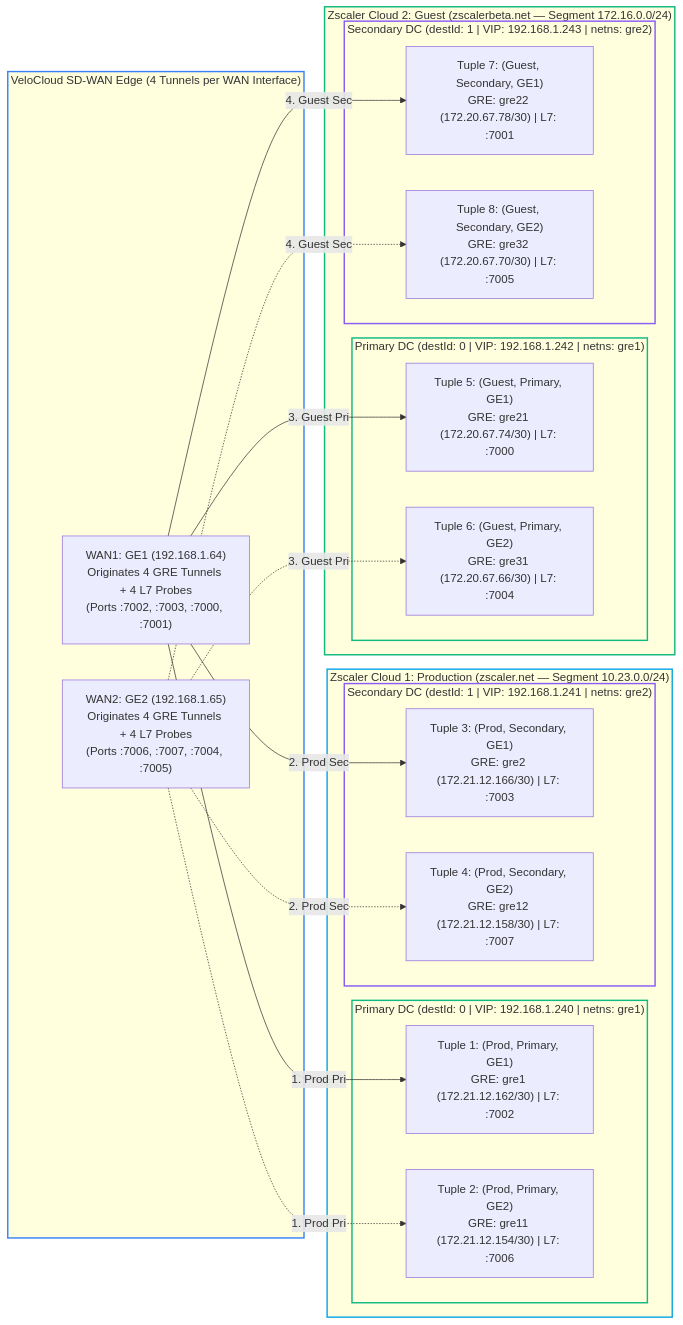
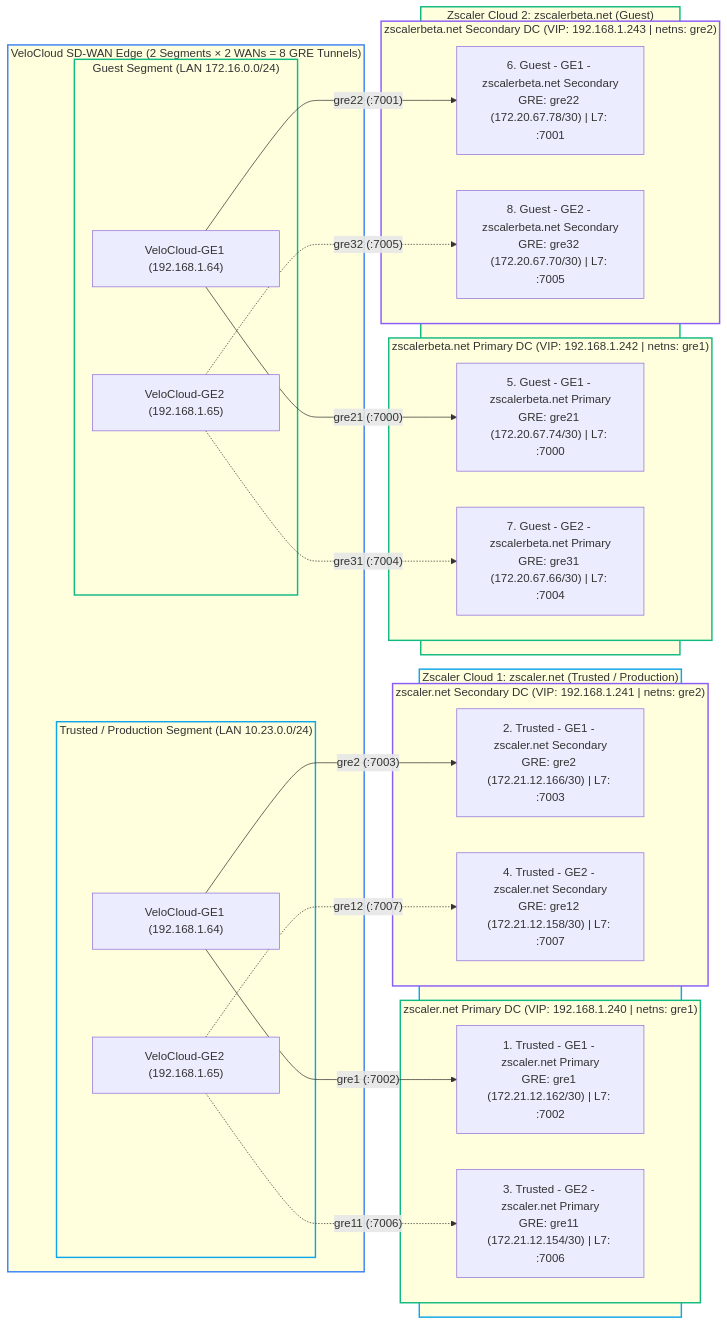
Before and after one commit to iafilius/velocloud-zscaler-gre-simulator: the first of 4 diagrams in README.md, drawn with Mermaid. The commit also changed other lines of this file and 1 other file, not shown here.

Commit message:
docs: refine 8-tunnel hero diagram into 2 segment-to-cloud swimlanes with exact 4-tuple connections

````diff
--- a/README.md
+++ b/README.md
@@ -40,47 +40,55 @@
 ```mermaid
 flowchart LR
-    subgraph EDGE["VeloCloud SD-WAN Edge (4 Tunnels per WAN Interface)"]
-        GE1["WAN1: GE1 (192.168.1.64)\nOriginates 4 GRE Tunnels + 4 L7 Probes\n(Ports :7002, :7003, :7000, :7001)"]
-        GE2["WAN2: GE2 (192.168.1.65)\nOriginates 4 GRE Tunnels + 4 L7 Probes\n(Ports :7006, :7007, :7004, :7005)"]
-    end
-
-    subgraph CLOUD_PROD["Zscaler Cloud 1: Production (zscaler.net — Segment 10.23.0.0/24)"]
-        subgraph PROD_PRI["Primary DC (destId: 0 | VIP: 192.168.1.240 | netns: gre1)"]
-            T1["Tuple 1: (Prod, Primary, GE1)\nGRE: gre1 (172.21.12.162/30) | L7: :7002"]
-            T2["Tuple 2: (Prod, Primary, GE2)\nGRE: gre11 (172.21.12.154/30) | L7: :7006"]
+    subgraph EDGE["VeloCloud SD-WAN Edge (2 Segments × 2 WANs = 8 GRE Tunnels)"]
+        subgraph SEG_TRUSTED["Trusted / Production Segment (LAN 10.23.0.0/24)"]
+            T_GE1["VeloCloud-GE1 (192.168.1.64)"]
+            T_GE2["VeloCloud-GE2 (192.168.1.65)"]
         end
-        subgraph PROD_SEC["Secondary DC (destId: 1 | VIP: 192.168.1.241 | netns: gre2)"]
-            T3["Tuple 3: (Prod, Secondary, GE1)\nGRE: gre2 (172.21.12.166/30) | L7: :7003"]
-            T4["Tuple 4: (Prod, Secondary, GE2)\nGRE: gre12 (172.21.12.158/30) | L7: :7007"]
+        subgraph SEG_GUEST["Guest Segment (LAN 172.16.0.0/24)"]
+            G_GE1["VeloCloud-GE1 (192.168.1.64)"]
+            G_GE2["VeloCloud-GE2 (192.168.1.65)"]
         end
     end
 
-    subgraph CLOUD_GUEST["Zscaler Cloud 2: Guest (zscalerbeta.net — Segment 172.16.0.0/24)"]
-        subgraph GUEST_PRI["Primary DC (destId: 0 | VIP: 192.168.1.242 | netns: gre1)"]
-            T5["Tuple 5: (Guest, Primary, GE1)\nGRE: gre21 (172.20.67.74/30) | L7: :7000"]
-            T6["Tuple 6: (Guest, Primary, GE2)\nGRE: gre31 (172.20.67.66/30) | L7: :7004"]
+    subgraph CLOUD_PROD["Zscaler Cloud 1: zscaler.net (Trusted / Production)"]
+        subgraph PROD_PRI["zscaler.net Primary DC (VIP: 192.168.1.240 | netns: gre1)"]
+            T1["1. Trusted - GE1 - zscaler.net Primary\nGRE: gre1 (172.21.12.162/30) | L7: :7002"]
+            T2["3. Trusted - GE2 - zscaler.net Primary\nGRE: gre11 (172.21.12.154/30) | L7: :7006"]
         end
-        subgraph GUEST_SEC["Secondary DC (destId: 1 | VIP: 192.168.1.243 | netns: gre2)"]
-            T7["Tuple 7: (Guest, Secondary, GE1)\nGRE: gre22 (172.20.67.78/30) | L7: :7001"]
-            T8["Tuple 8: (Guest, Secondary, GE2)\nGRE: gre32 (172.20.67.70/30) | L7: :7005"]
+        subgraph PROD_SEC["zscaler.net Secondary DC (VIP: 192.168.1.241 | netns: gre2)"]
+            T3["2. Trusted - GE1 - zscaler.net Secondary\nGRE: gre2 (172.21.12.166/30) | L7: :7003"]
+            T4["4. Trusted - GE2 - zscaler.net Secondary\nGRE: gre12 (172.21.12.158/30) | L7: :7007"]
         end
     end
 
-    GE1 -->|"1. Prod Pri"| T1
-    GE1 -->|"2. Prod Sec"| T3
-    GE1 -->|"3. Guest Pri"| T5
-    GE1 -->|"4. Guest Sec"| T7
+    subgraph CLOUD_GUEST["Zscaler Cloud 2: zscalerbeta.net (Guest)"]
+        subgraph GUEST_PRI["zscalerbeta.net Primary DC (VIP: 192.168.1.242 | netns: gre1)"]
+            T5["5. Guest - GE1 - zscalerbeta.net Primary\nGRE: gre21 (172.20.67.74/30) | L7: :7000"]
+            T6["7. Guest - GE2 - zscalerbeta.net Primary\nGRE: gre31 (172.20.67.66/30) | L7: :7004"]
+        end
+        subgraph GUEST_SEC["zscalerbeta.net Secondary DC (VIP: 192.168.1.243 | netns: gre2)"]
+            T7["6. Guest - GE1 - zscalerbeta.net Secondary\nGRE: gre22 (172.20.67.78/30) | L7: :7001"]
+            T8["8. Guest - GE2 - zscalerbeta.net Secondary\nGRE: gre32 (172.20.67.70/30) | L7: :7005"]
+        end
+    end
 
-    GE2 -.->|"1. Prod Pri"| T2
-    GE2 -.->|"2. Prod Sec"| T4
-    GE2 -.->|"3. Guest Pri"| T6
-    GE2 -.->|"4. Guest Sec"| T8
+    T_GE1 -->|"gre1 (:7002)"| T1
+    T_GE1 -->|"gre2 (:7003)"| T3
+    T_GE2 -.->|"gre11 (:7006)"| T2
+    T_GE2 -.->|"gre12 (:7007)"| T4
+
+    G_GE1 -->|"gre21 (:7000)"| T5
+    G_GE1 -->|"gre22 (:7001)"| T7
+    G_GE2 -.->|"gre31 (:7004)"| T6
+    G_GE2 -.->|"gre32 (:7005)"| T8
 
     style EDGE stroke:#3b82f6,stroke-width:2px
+    style SEG_TRUSTED stroke:#0ea5e9,stroke-width:2px
+    style SEG_GUEST stroke:#10b981,stroke-width:2px
     style CLOUD_PROD stroke:#0ea5e9,stroke-width:2px
     style CLOUD_GUEST stroke:#10b981,stroke-width:2px
     style PROD_PRI stroke:#10b981,stroke-width:2px
     style GUEST_PRI stroke:#10b981,stroke-width:2px
     style PROD_SEC stroke:#8b5cf6,stroke-width:2px
     style GUEST_SEC stroke:#8b5cf6,stroke-width:2px
 ```
````
